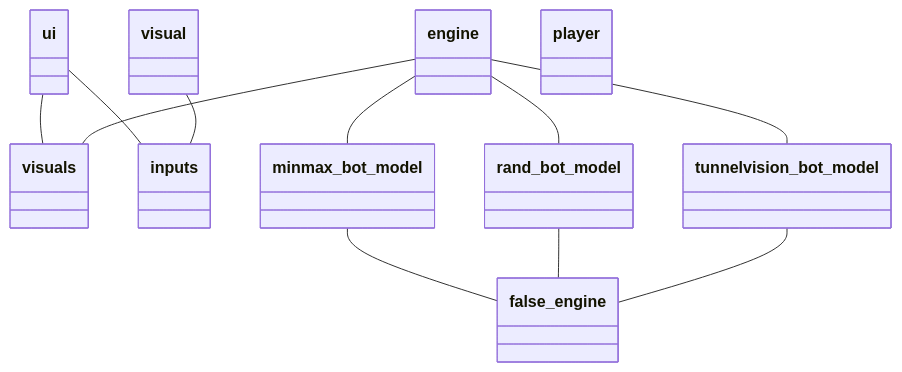
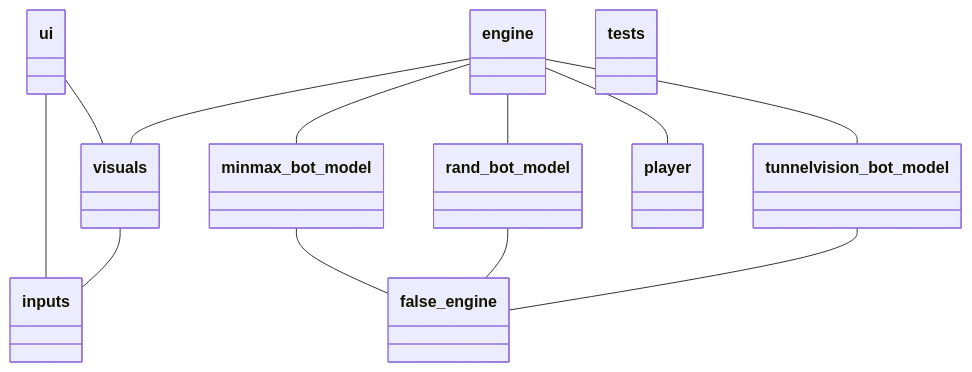
Before and after one commit to sepaww/python_shakki-tira_projekti_hy-: the diagram in dokumentaatio/toteutusdokumentti.md, drawn with Mermaid.

````diff
--- a/dokumentaatio/toteutusdokumentti.md
+++ b/dokumentaatio/toteutusdokumentti.md
@@ -12,31 +12,33 @@
  ```mermaid
  classDiagram
       ui -- visuals
       ui -- inputs
       engine -- visuals
-      visual -- inputs
+      visuals -- inputs
       engine -- rand_bot_model
       engine -- tunnelvision_bot_model
       engine -- minmax_bot_model
+      engine -- player
       minmax_bot_model -- false_engine
       rand_bot_model -- false_engine
       tunnelvision_bot_model -- false_engine
          
       class ui{
           }
-    
+      class tests{
+      }
       class visuals{
           }
       class inputs{
           }
       class minmax_bot_model{
       }
       class  player{
       }
       class tunnelvision_bot_model{
       }
       class rand_bot_model{
       }
       class false_engine{
       }
 ```
````
